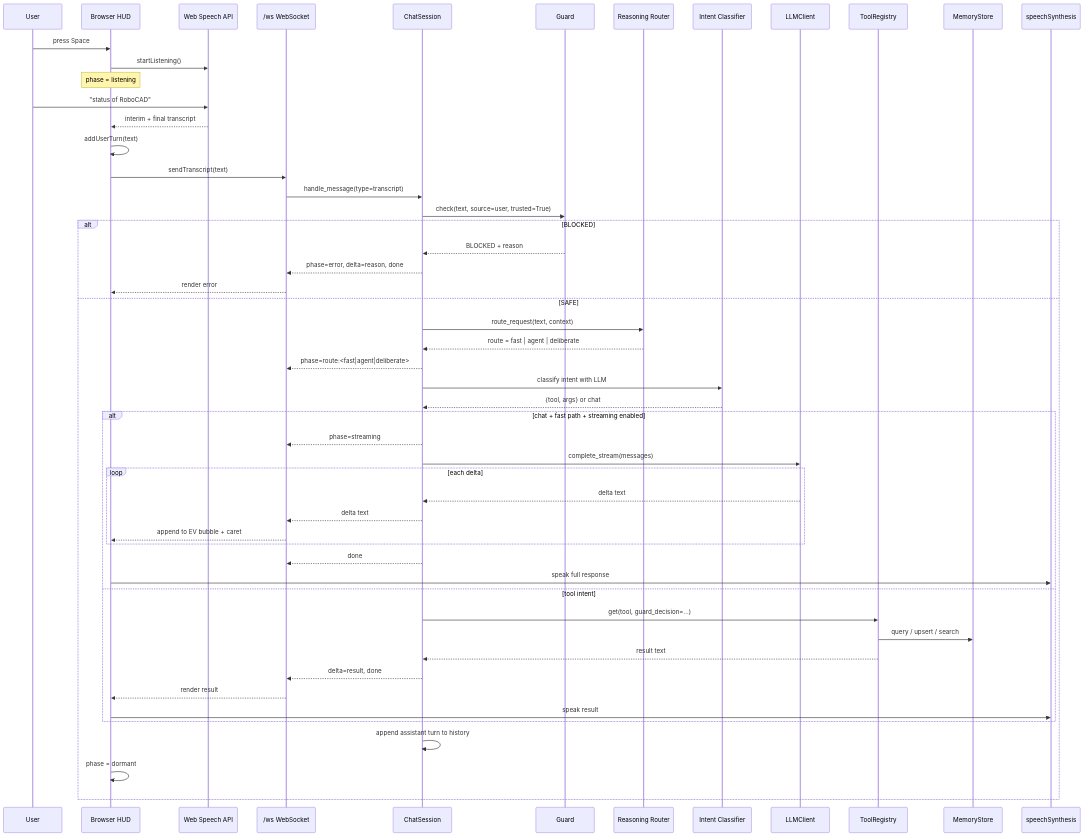
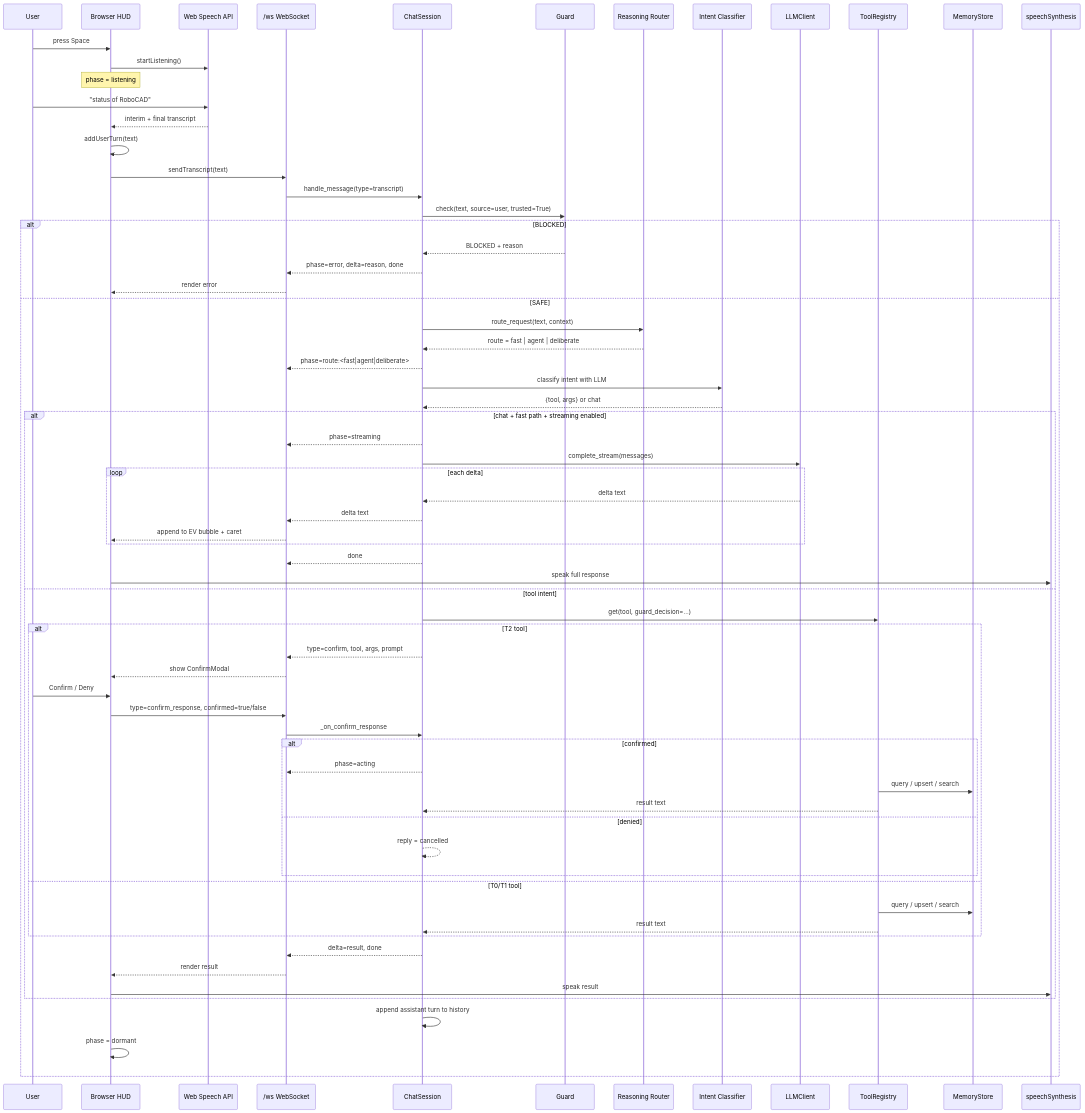
The third of 10 diagrams in docs/superpowers/architecture/hi-ev-end-to-end-architecture.md (satyamdas03/Hi-EV), drawn with Mermaid before and after one commit. The commit also changed other lines of this file and 5 other files, not shown here.

First line of the commit message:
docs: sync README, roadmap, architecture, and plans with Phases A–D completion

````diff
--- a/docs/superpowers/architecture/hi-ev-end-to-end-architecture.md
+++ b/docs/superpowers/architecture/hi-ev-end-to-end-architecture.md
@@ -159,60 +163,75 @@
 ```mermaid
 sequenceDiagram
     participant U as User
     participant FE as Browser HUD
     participant SR as Web Speech API
     participant WS as /ws WebSocket
     participant CS as ChatSession
     participant G as Guard
     participant R as Reasoning Router
     participant IC as Intent Classifier
     participant LLM as LLMClient
     participant TR as ToolRegistry
     participant Mem as MemoryStore
     participant TTS as speechSynthesis
 
     U->>FE: press Space
     FE->>SR: startListening()
     Note over FE: phase = listening
     U->>SR: "status of RoboCAD"
     SR-->>FE: interim + final transcript
     FE->>FE: addUserTurn(text)
     FE->>WS: sendTranscript(text)
     WS->>CS: handle_message(type=transcript)
 
     CS->>G: check(text, source=user, trusted=True)
     alt BLOCKED
         G-->>CS: BLOCKED + reason
         CS-->>WS: phase=error, delta=reason, done
         WS-->>FE: render error
     else SAFE
         CS->>R: route_request(text, context)
         R-->>CS: route = fast | agent | deliberate
         CS-->>WS: phase=route:<fast|agent|deliberate>
 
         CS->>IC: classify intent with LLM
         IC-->>CS: {tool, args} or chat
 
         alt chat + fast path + streaming enabled
             CS-->>WS: phase=streaming
             CS->>LLM: complete_stream(messages)
             loop each delta
                 LLM-->>CS: delta text
                 CS-->>WS: delta text
                 WS-->>FE: append to EV bubble + caret
             end
             CS-->>WS: done
             FE->>TTS: speak full response
         else tool intent
             CS->>TR: get(tool, guard_decision=...)
-            TR->>Mem: query / upsert / search
-            TR-->>CS: result text
+            alt T2 tool
+                CS-->>WS: type=confirm, tool, args, prompt
+                WS-->>FE: show ConfirmModal
+                U->>FE: Confirm / Deny
+                FE->>WS: type=confirm_response, confirmed=true/false
+                WS->>CS: _on_confirm_response
+                alt confirmed
+                    CS-->>WS: phase=acting
+                    TR->>Mem: query / upsert / search
+                    TR-->>CS: result text
+                else denied
+                    CS-->>CS: reply = cancelled
+                end
+            else T0/T1 tool
+                TR->>Mem: query / upsert / search
+                TR-->>CS: result text
+            end
             CS-->>WS: delta=result, done
             WS-->>FE: render result
             FE->>TTS: speak result
         end
 
         CS->>CS: append assistant turn to history
         FE->>FE: phase = dormant
     end
 ```
````
